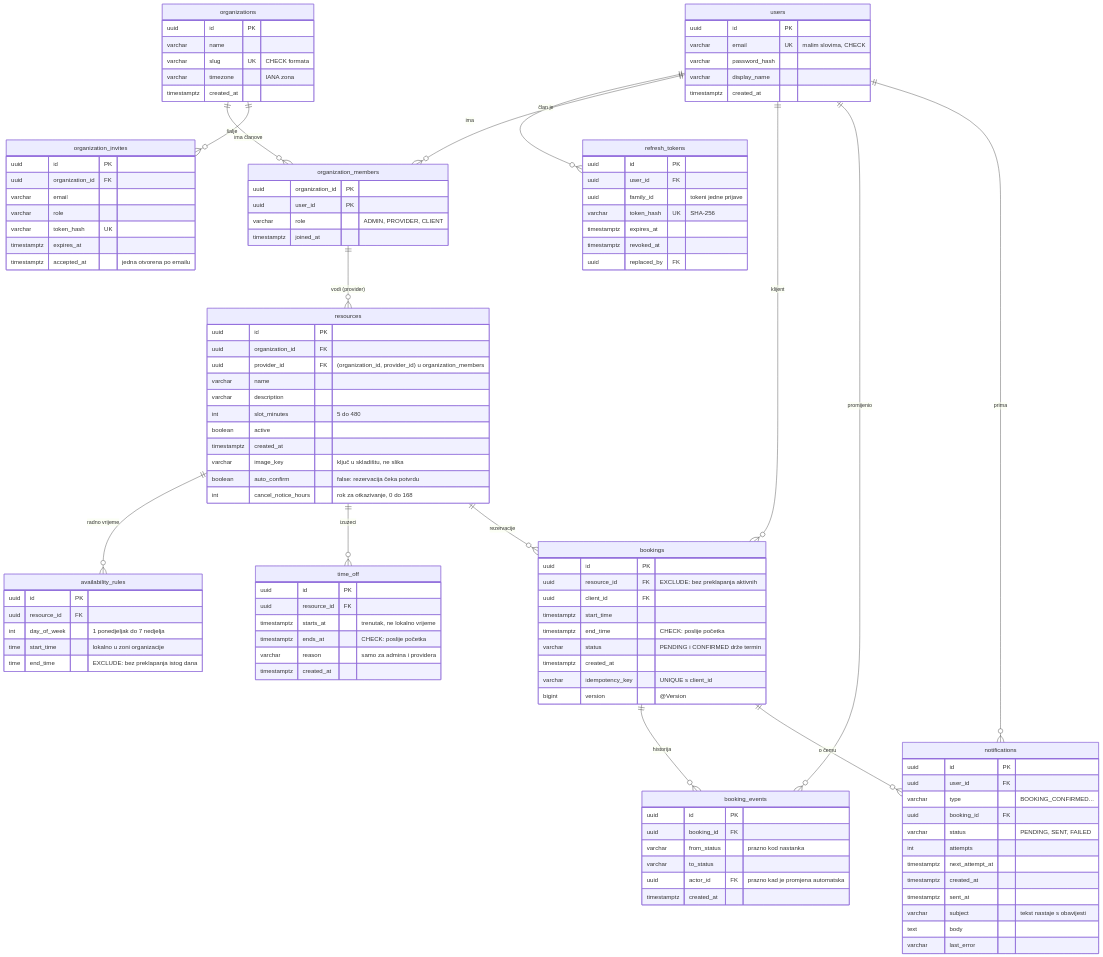
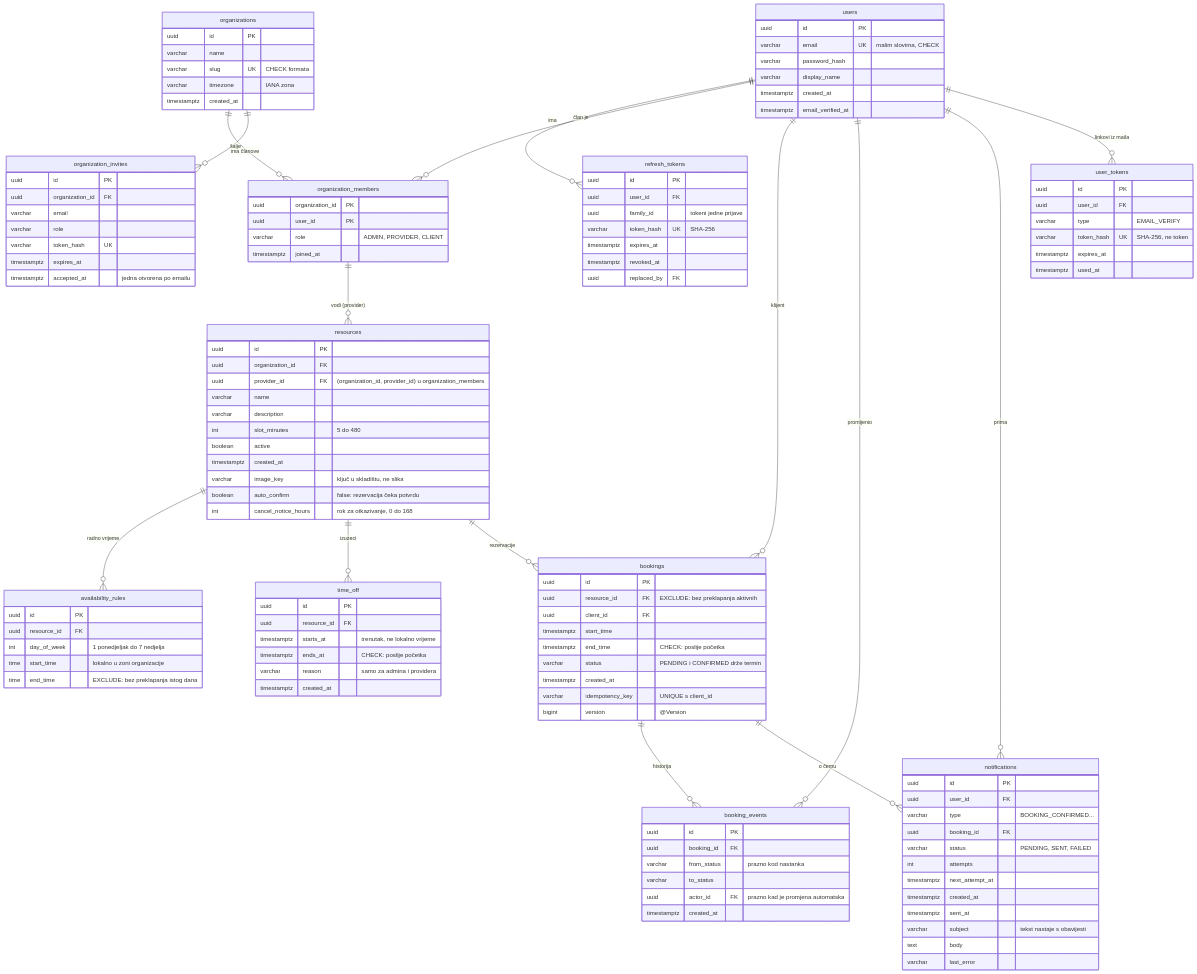
One commit to eminahbabovich/SlotBook changed the third of 3 diagrams in docs/ARHITEKTURA.md. Above: the diagram before and after it, drawn with Mermaid. The commit also changed 24 other files, not shown here.

```diff
--- a/docs/ARHITEKTURA.md
+++ b/docs/ARHITEKTURA.md
@@ -83,6 +83,7 @@
     bookings ||--o{ booking_events : "historija"
     users ||--o{ booking_events : "promijenio"
     users ||--o{ notifications : "prima"
+    users ||--o{ user_tokens : "linkovi iz maila"
     bookings ||--o{ notifications : "o čemu"
 
     users {
@@ -91,6 +92,15 @@
         varchar password_hash
         varchar display_name
         timestamptz created_at
+        timestamptz email_verified_at
+    }
+    user_tokens {
+        uuid id PK
+        uuid user_id FK
+        varchar type "EMAIL_VERIFY"
+        varchar token_hash UK "SHA-256, ne token"
+        timestamptz expires_at
+        timestamptz used_at
     }
     refresh_tokens {
         uuid id PK
```
